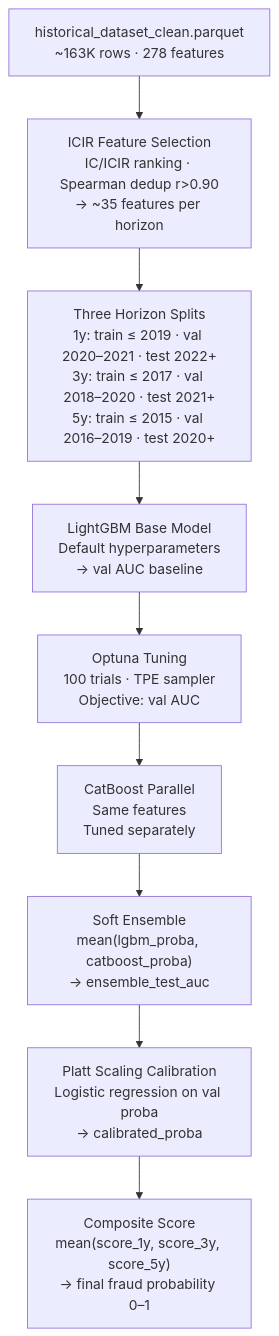
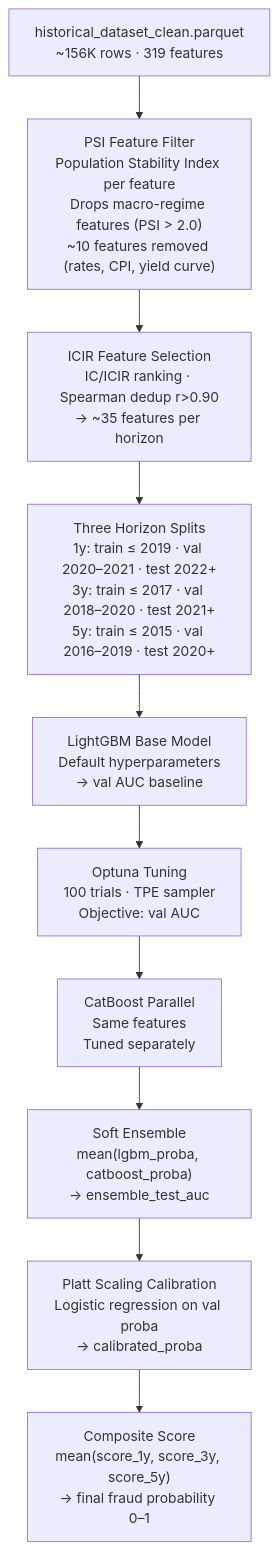
One commit to sherlock718/stock-fraud-screener changed the diagram in docs/methodology/models.md. Above: the diagram before and after it, drawn with Mermaid. The commit also changed other lines of this file and 15 other files, not shown here.

````diff
--- a/docs/methodology/models.md
+++ b/docs/methodology/models.md
@@ -5,11 +5,12 @@
 ```mermaid
 flowchart TD
-    A["historical_dataset_clean.parquet<br/>~163K rows · 278 features"] --> B["ICIR Feature Selection<br/>IC/ICIR ranking · Spearman dedup r>0.90<br/>→ ~35 features per horizon"]
+    A["historical_dataset_clean.parquet<br/>~156K rows · 319 features"] --> PSI["PSI Feature Filter<br/>Population Stability Index per feature<br/>Drops macro-regime features (PSI > 2.0)<br/>~10 features removed (rates, CPI, yield curve)"]
+    PSI --> B["ICIR Feature Selection<br/>IC/ICIR ranking · Spearman dedup r>0.90<br/>→ ~35 features per horizon"]
     B --> C["Three Horizon Splits<br/>1y: train ≤ 2019 · val 2020–2021 · test 2022+<br/>3y: train ≤ 2017 · val 2018–2020 · test 2021+<br/>5y: train ≤ 2015 · val 2016–2019 · test 2020+"]
     C --> D["LightGBM Base Model<br/>Default hyperparameters<br/>→ val AUC baseline"]
     D --> E["Optuna Tuning<br/>100 trials · TPE sampler<br/>Objective: val AUC"]
     E --> F["CatBoost Parallel<br/>Same features<br/>Tuned separately"]
     F --> G["Soft Ensemble<br/>mean(lgbm_proba, catboost_proba)<br/>→ ensemble_test_auc"]
     G --> H["Platt Scaling Calibration<br/>Logistic regression on val proba<br/>→ calibrated_proba"]
     H --> I["Composite Score<br/>mean(score_1y, score_3y, score_5y)<br/>→ final fraud probability 0–1"]
 ```
````
